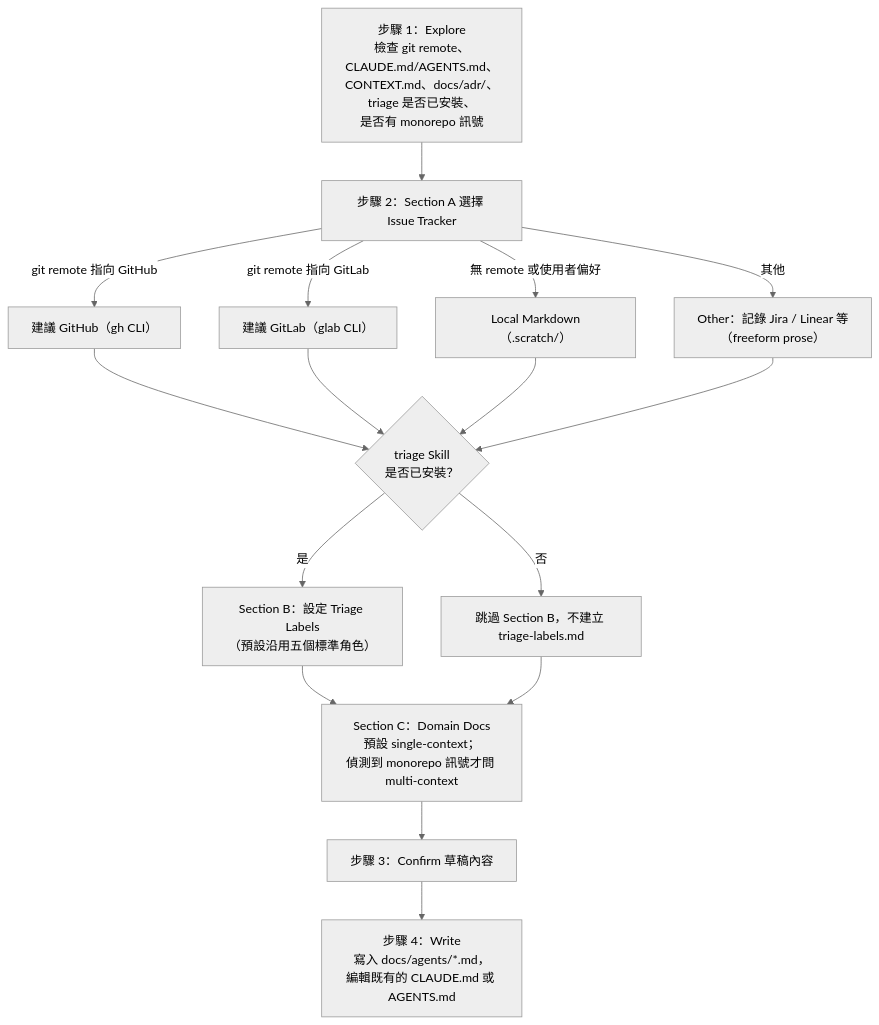
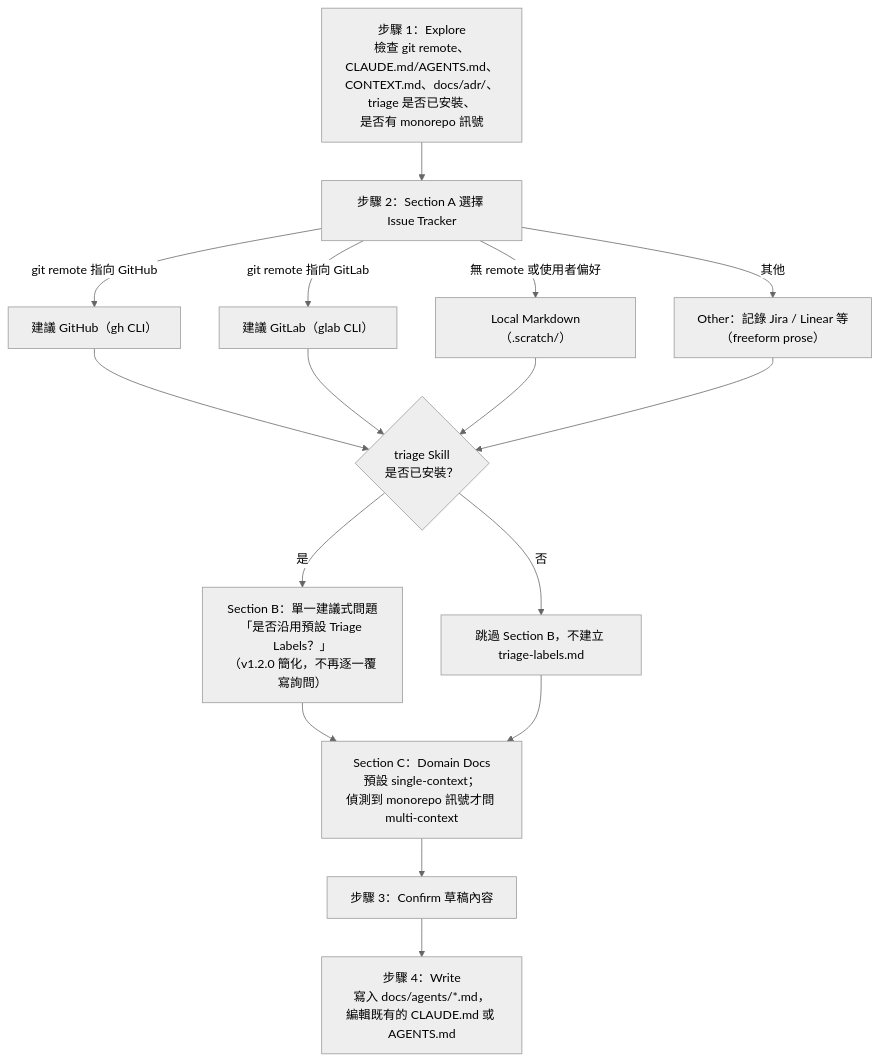
Before and after one commit to chihhung/Blog: the third of 15 diagrams in content/posts/教學/AI開發/mattpocock skills 教學手冊.md, drawn with Mermaid (neutral theme). The commit also changed other lines of this file, not shown here.

````diff
--- a/content/posts/教學/AI開發/mattpocock skills 教學手冊.md
+++ b/content/posts/教學/AI開發/mattpocock skills 教學手冊.md
@@ -490,18 +498,18 @@
 ```mermaid
 flowchart TD
     A["步驟 1：Explore<br/>檢查 git remote、CLAUDE.md/AGENTS.md、<br/>CONTEXT.md、docs/adr/、triage 是否已安裝、<br/>是否有 monorepo 訊號"] --> B["步驟 2：Section A 選擇 Issue Tracker"]
     B -->|git remote 指向 GitHub| C["建議 GitHub（gh CLI）"]
     B -->|git remote 指向 GitLab| D["建議 GitLab（glab CLI）"]
     B -->|無 remote 或使用者偏好| E["Local Markdown（.scratch/）"]
     B -->|其他| F["Other：記錄 Jira / Linear 等<br/>（freeform prose）"]
     C --> G{"triage Skill<br/>是否已安裝？"}
     D --> G
     E --> G
     F --> G
-    G -->|是| H["Section B：設定 Triage Labels<br/>（預設沿用五個標準角色）"]
+    G -->|是| H["Section B：單一建議式問題<br/>「是否沿用預設 Triage Labels？」<br/>（v1.2.0 簡化，不再逐一覆寫詢問）"]
     G -->|否| I["跳過 Section B，不建立 triage-labels.md"]
     H --> J["Section C：Domain Docs<br/>預設 single-context；<br/>偵測到 monorepo 訊號才問 multi-context"]
     I --> J
     J --> K["步驟 3：Confirm 草稿內容"]
     K --> L["步驟 4：Write<br/>寫入 docs/agents/*.md，<br/>編輯既有的 CLAUDE.md 或 AGENTS.md"]
 ```
````
